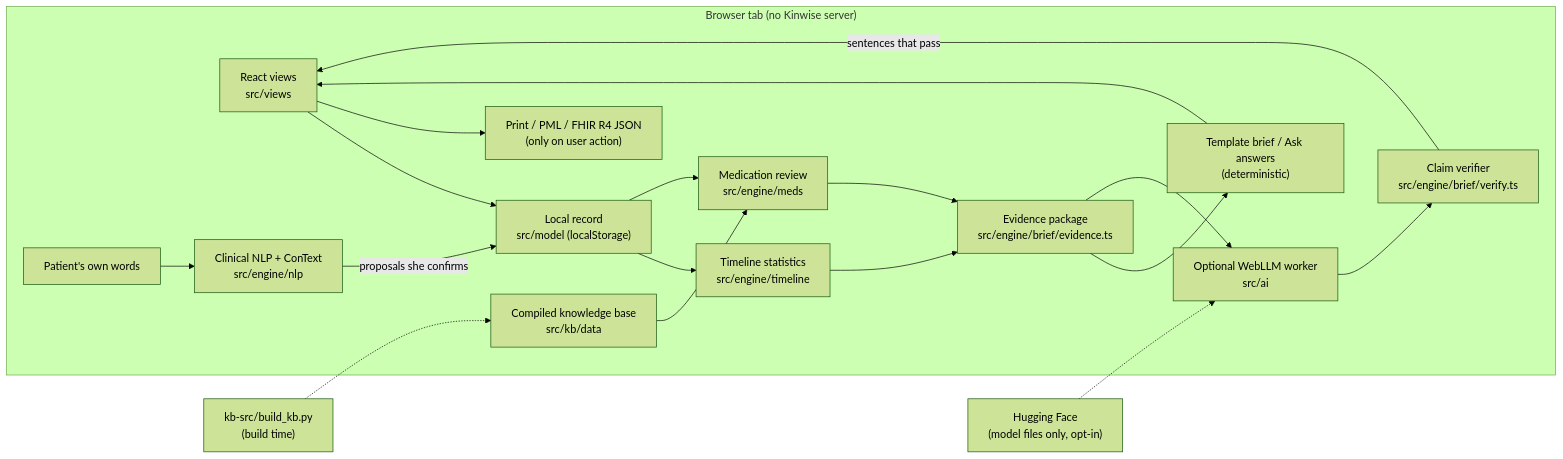
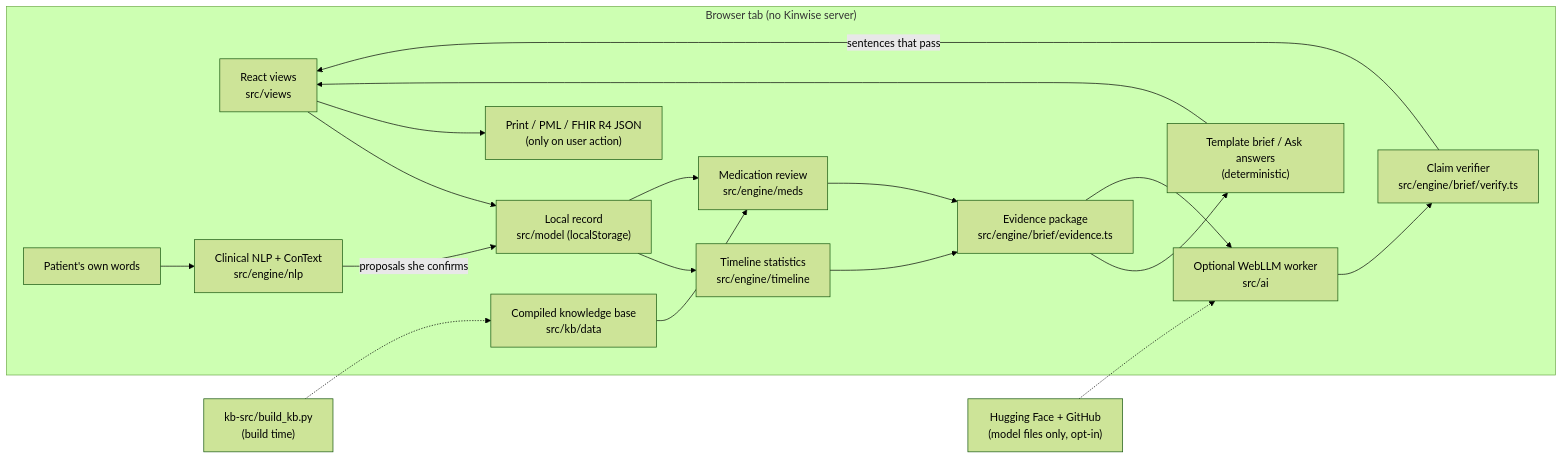
Before and after one commit to albertzorzolan/UnivaBioBabson: the diagram in README.md, drawn with Mermaid (forest theme). The commit also changed other lines of this file and 115 other files, not shown here.

````diff
--- a/README.md
+++ b/README.md
@@ -232,21 +242,21 @@
 ```mermaid
 flowchart LR
   subgraph Browser["Browser tab (no Kinwise server)"]
     UI["React views<br/>src/views"] --> Store["Local record<br/>src/model (localStorage)"]
     Story["Patient's own words"] --> NLP["Clinical NLP + ConText<br/>src/engine/nlp"]
     NLP -->|proposals she confirms| Store
     Store --> TL["Timeline statistics<br/>src/engine/timeline"]
     Store --> MR["Medication review<br/>src/engine/meds"]
     KB["Compiled knowledge base<br/>src/kb/data"] --> MR
     TL --> EV["Evidence package<br/>src/engine/brief/evidence.ts"]
     MR --> EV
     EV --> TPL["Template brief / Ask answers<br/>(deterministic)"]
     EV --> LLM["Optional WebLLM worker<br/>src/ai"]
     LLM --> VER["Claim verifier<br/>src/engine/brief/verify.ts"]
     VER -->|sentences that pass| UI
     TPL --> UI
     UI --> OUT["Print / PML / FHIR R4 JSON<br/>(only on user action)"]
   end
-  HF["Hugging Face<br/>(model files only, opt-in)"] -.-> LLM
+  HF["Hugging Face + GitHub<br/>(model files only, opt-in)"] -.-> LLM
   SRC["kb-src/build_kb.py<br/>(build time)"] -.-> KB
 ```
````
